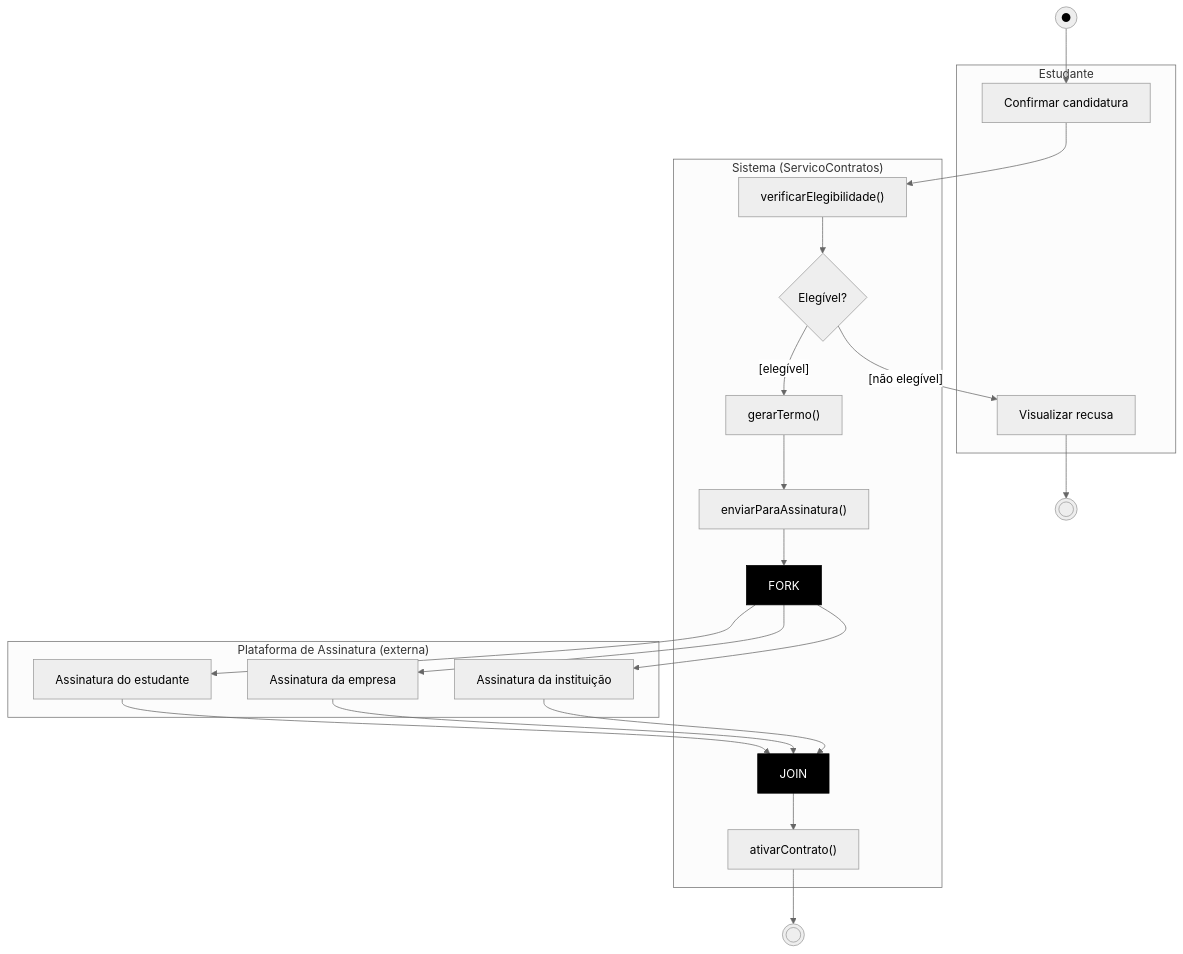
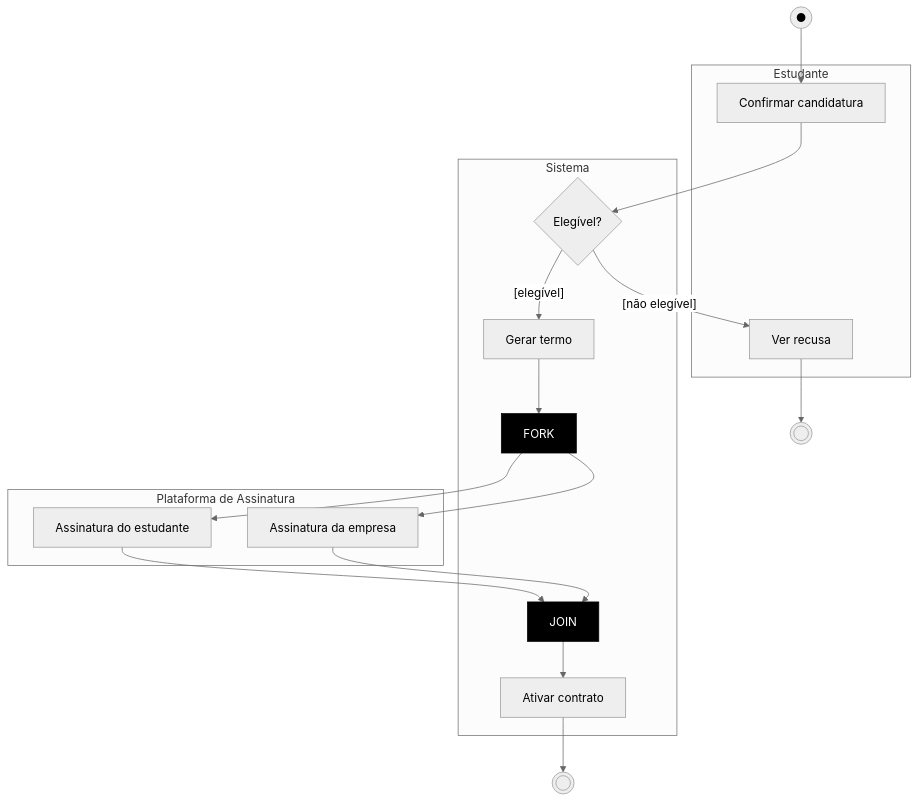
Before and after one commit to joaopedrocostasilva2335-ai/aps3-modelagem: the second of 4 diagrams in README.md, drawn with Mermaid (neutral theme). The commit also changed other lines of this file, not shown here.

````diff
--- a/README.md
+++ b/README.md
@@ -51,38 +46,34 @@
 ```mermaid
 flowchart TB
     classDef bar fill:#000,stroke:#000,color:#fff;
 
     Inicio(("●"))
 
     subgraph R1["Estudante"]
         A1["Confirmar candidatura"]
-        A2["Visualizar recusa"]
+        A2["Ver recusa"]
     end
 
-    subgraph R2["Sistema (ServicoContratos)"]
-        S1["verificarElegibilidade()"]
+    subgraph R2["Sistema"]
         D1{"Elegível?"}
-        S2["gerarTermo()"]
-        S3["enviarParaAssinatura()"]
+        S1["Gerar termo"]
         F1["FORK"]:::bar
         J1["JOIN"]:::bar
-        S4["ativarContrato()"]
+        S2["Ativar contrato"]
     end
 
-    subgraph R3["Plataforma de Assinatura (externa)"]
+    subgraph R3["Plataforma de Assinatura"]
         P1["Assinatura do estudante"]
         P2["Assinatura da empresa"]
-        P3["Assinatura da instituição"]
     end
 
     Fim1(((" ")))
     Fim2(((" ")))
 
-    Inicio --> A1 --> S1 --> D1
-    D1 -->|"[elegível]"| S2 --> S3 --> F1
+    Inicio --> A1 --> D1
+    D1 -->|"[elegível]"| S1 --> F1
     D1 -->|"[não elegível]"| A2 --> Fim2
     F1 --> P1 --> J1
     F1 --> P2 --> J1
-    F1 --> P3 --> J1
-    J1 --> S4 --> Fim1
+    J1 --> S2 --> Fim1
 ```
````
